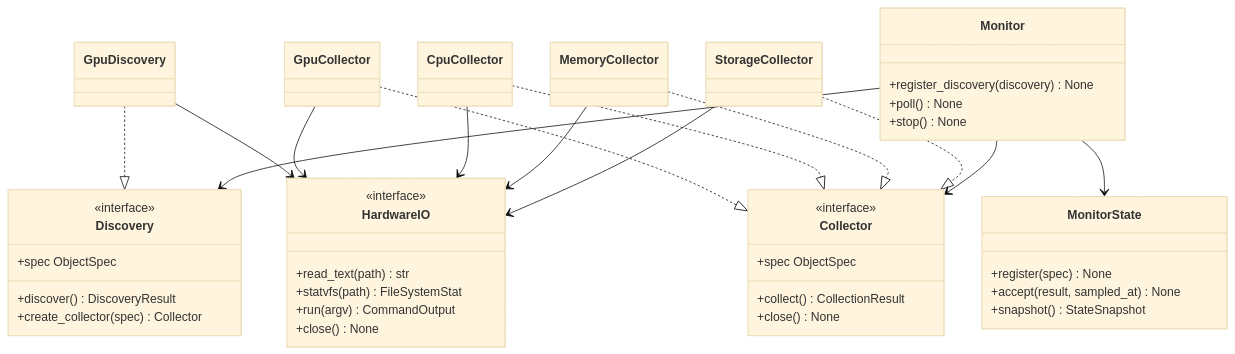
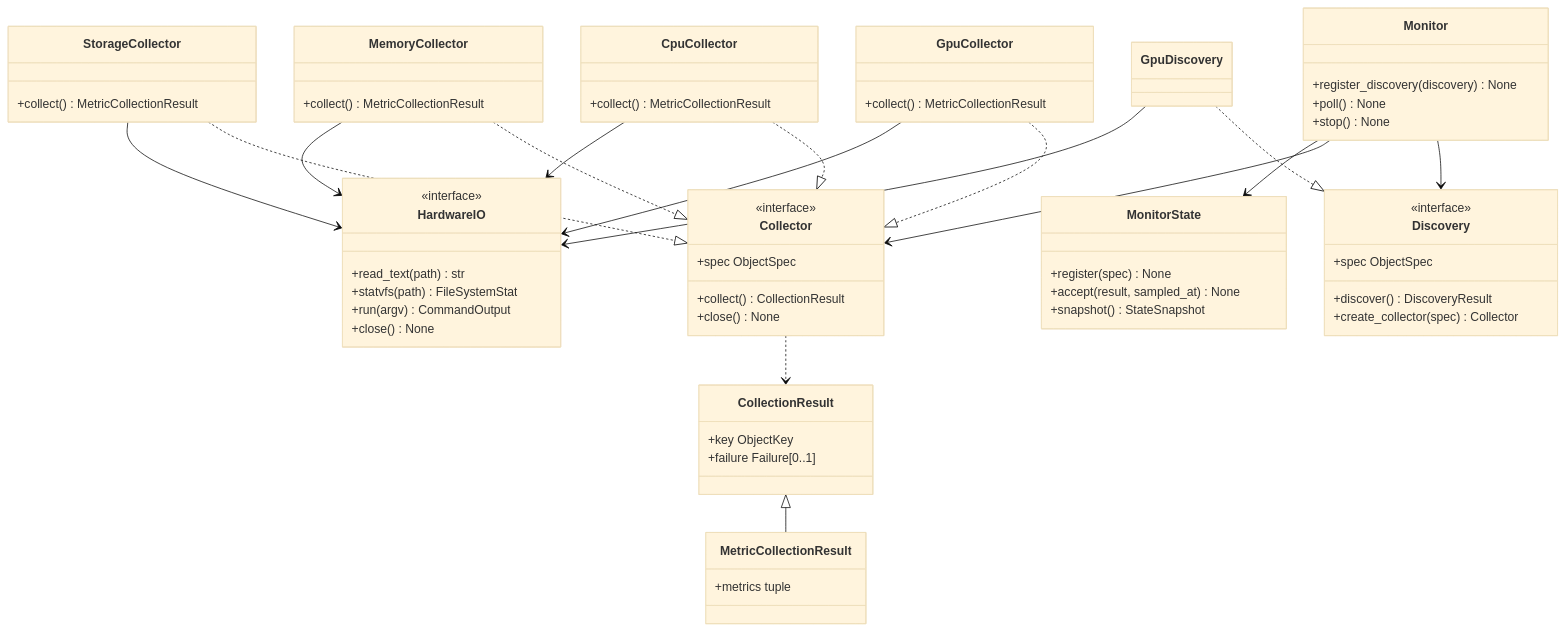
The diagram in docs/design/hardware.md (shawnluxyRE/joi-observer), drawn with Mermaid (base theme) before and after one commit. The commit also changed other lines of this file and 67 other files, not shown here.

````diff
--- a/docs/design/hardware.md
+++ b/docs/design/hardware.md
@@ -19,51 +19,68 @@
 ```mermaid
 classDiagram
     direction TB
     class HardwareIO {
         <<interface>>
         +read_text(path) str
         +statvfs(path) FileSystemStat
         +run(argv) CommandOutput
         +close() None
     }
     class Collector {
         <<interface>>
         +spec ObjectSpec
         +collect() CollectionResult
         +close() None
     }
     class Discovery {
         <<interface>>
         +spec ObjectSpec
         +discover() DiscoveryResult
         +create_collector(spec) Collector
     }
     class GpuDiscovery
-    class GpuCollector
-    class CpuCollector
-    class MemoryCollector
-    class StorageCollector
+    class GpuCollector {
+        +collect() MetricCollectionResult
+    }
+    class CpuCollector {
+        +collect() MetricCollectionResult
+    }
+    class MemoryCollector {
+        +collect() MetricCollectionResult
+    }
+    class StorageCollector {
+        +collect() MetricCollectionResult
+    }
+    class CollectionResult {
+        +key ObjectKey
+        +failure Failure[0..1]
+    }
+    class MetricCollectionResult {
+        +metrics tuple
+    }
     class Monitor {
         +register_discovery(discovery) None
         +poll() None
         +stop() None
     }
     class MonitorState {
         +register(spec) None
         +accept(result, sampled_at) None
         +snapshot() StateSnapshot
     }
     GpuDiscovery ..|> Discovery
     GpuCollector ..|> Collector
     CpuCollector ..|> Collector
     MemoryCollector ..|> Collector
     StorageCollector ..|> Collector
+    CollectionResult <|-- MetricCollectionResult
+    Collector ..> CollectionResult
     GpuDiscovery --> HardwareIO
     GpuCollector --> HardwareIO
     CpuCollector --> HardwareIO
     MemoryCollector --> HardwareIO
     StorageCollector --> HardwareIO
     Monitor --> Discovery
     Monitor --> Collector
     Monitor --> MonitorState
 ```
````
